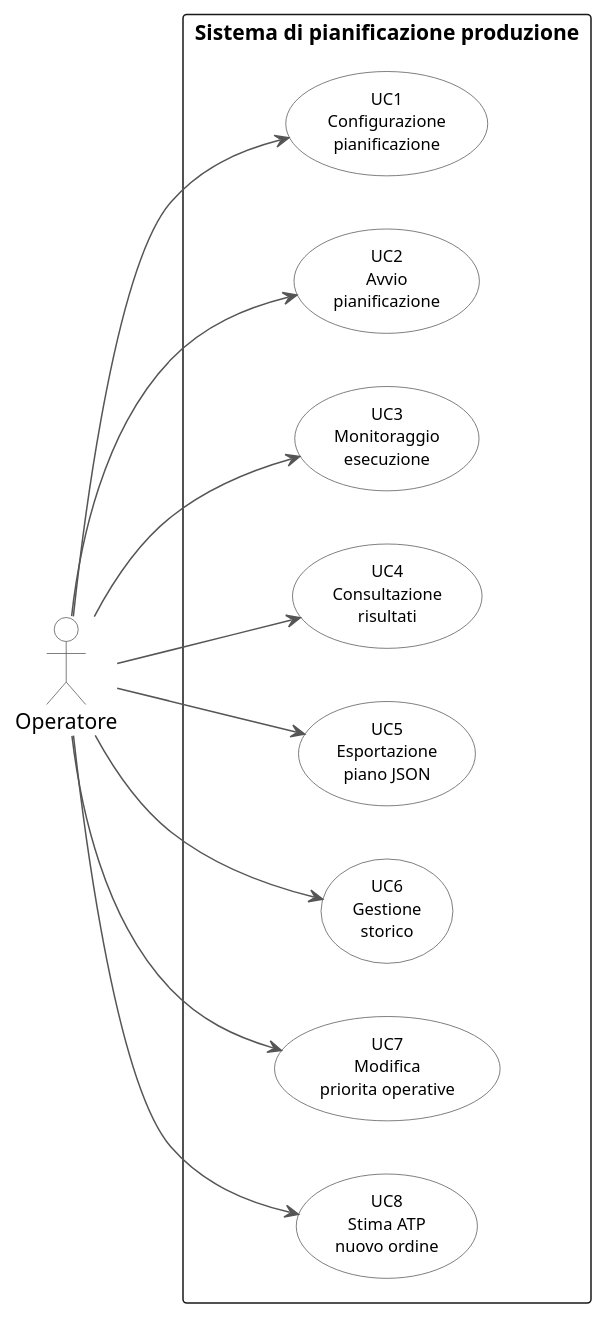
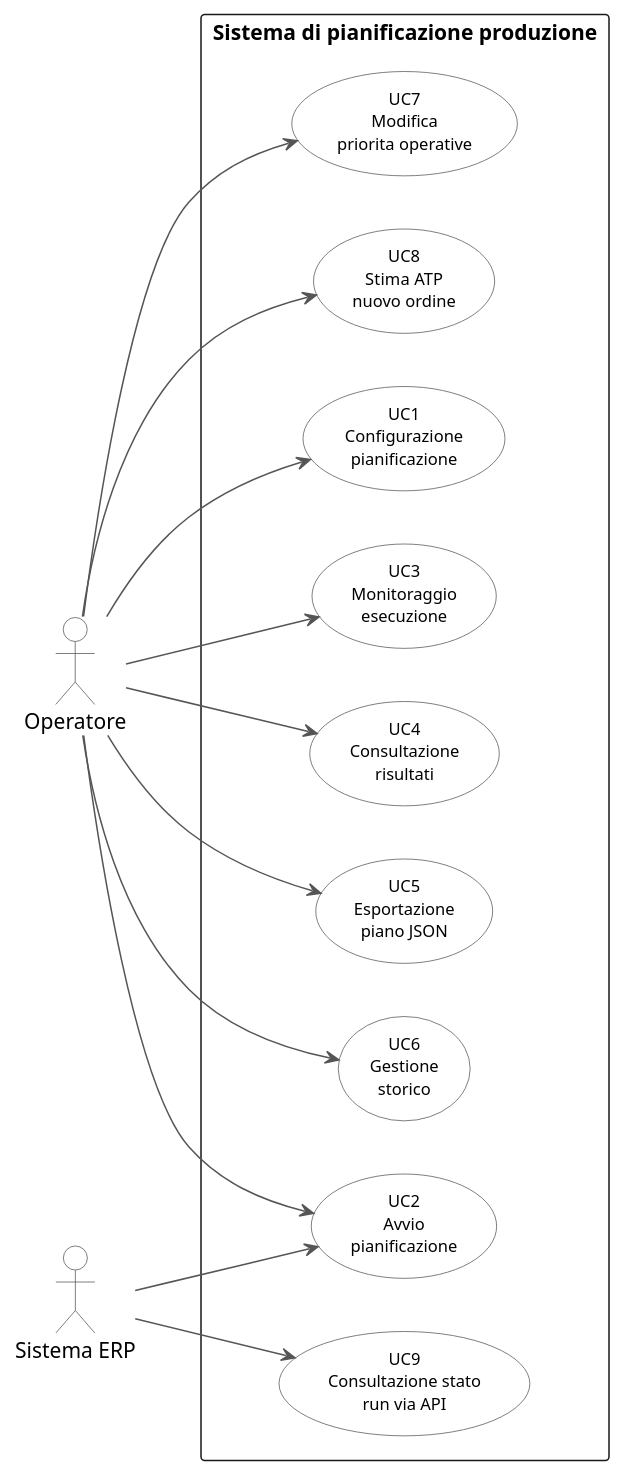
Before and after one commit to Faverooo/Tesi-MarcoFavero: the diagram in plantuml/usecase/scenarioPrincipale.puml, drawn with PlantUML. The commit also changed 10 other files, not shown here.

```diff
--- a/plantuml/usecase/scenarioPrincipale.puml
+++ b/plantuml/usecase/scenarioPrincipale.puml
@@ -1,36 +1,41 @@
 @startuml scenarioPrincipale
 left to right direction
 skinparam backgroundColor white
 skinparam usecase {
     BackgroundColor White
     BorderColor #555555
     ArrowColor #555555
     FontSize 11
 }
 skinparam actor {
     BackgroundColor White
     BorderColor #555555
 }
 
 actor "Operatore" as op
+actor "Sistema ERP" as erp
 
 rectangle "Sistema di pianificazione produzione" {
     (UC1\nConfigurazione\npianificazione) as UC1
     (UC2\nAvvio\npianificazione) as UC2
     (UC3\nMonitoraggio\nesecuzione) as UC3
     (UC4\nConsultazione\nrisultati) as UC4
     (UC5\nEsportazione\npiano JSON) as UC5
     (UC6\nGestione\nstorico) as UC6
     (UC7\nModifica\npriorita operative) as UC7
     (UC8\nStima ATP\nnuovo ordine) as UC8
+    (UC9\nConsultazione stato\nrun via API) as UC9
 }
 
 op --> UC1
 op --> UC2
 op --> UC3
 op --> UC4
 op --> UC5
 op --> UC6
 op --> UC7
 op --> UC8
+
+erp --> UC2
+erp --> UC9
 @enduml
```
